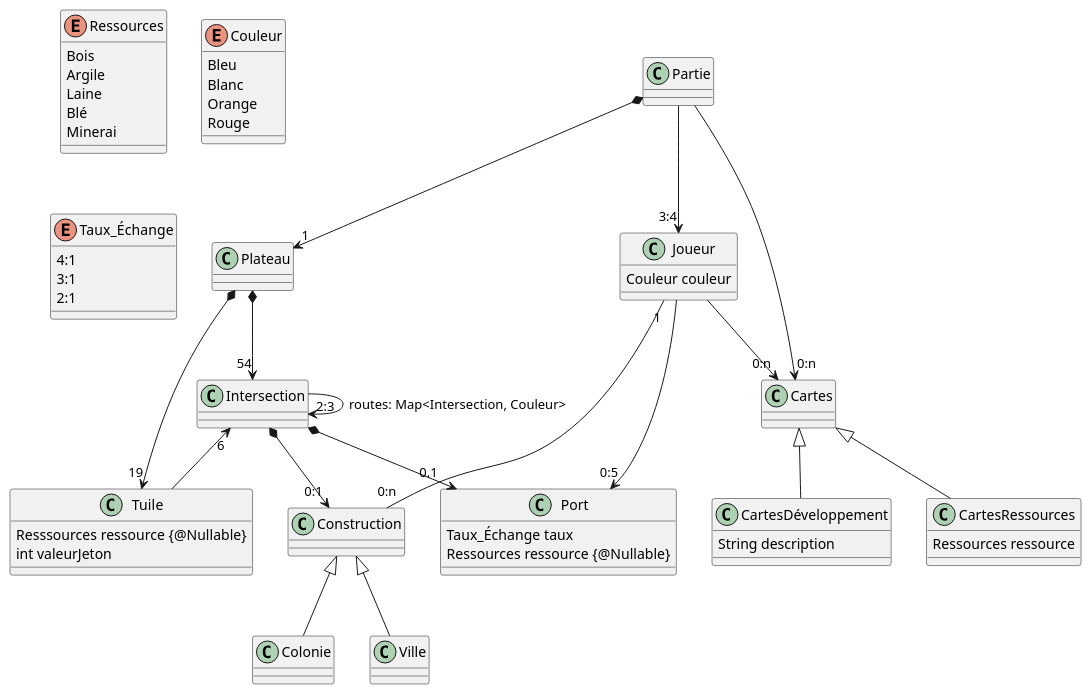
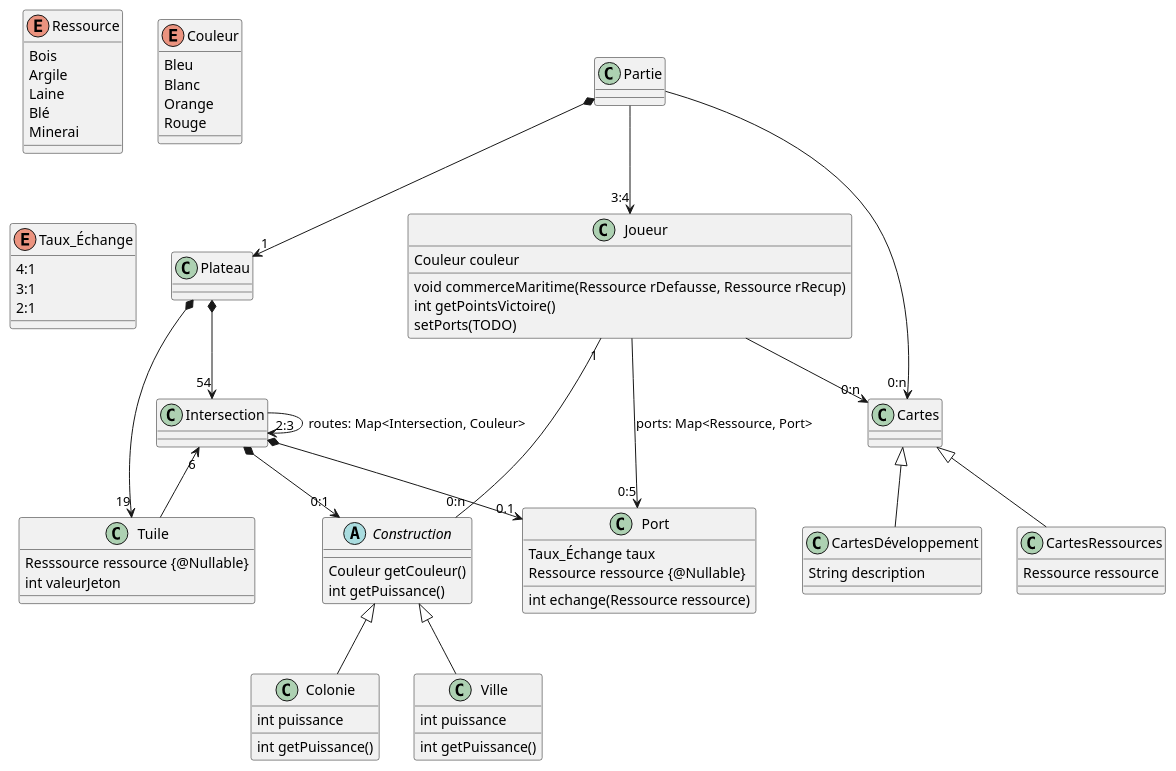
Before and after one commit to Lapin-Obez/colon_de_catane: the first of 3 diagrams in catan-doc/modules/analyse/pages/analyse.adoc, drawn with PlantUML.

Commit message:
Add method to class diagramm

```diff
--- a/catan-doc/modules/analyse/pages/analyse.adoc
+++ b/catan-doc/modules/analyse/pages/analyse.adoc
@@ -23,7 +23,7 @@
 ....
 @startuml
 
-enum Ressources {
+enum Ressource {
 Bois
 Argile
 Laine
@@ -49,11 +49,13 @@
 
 class Port{
 Taux_Échange taux
-Ressources ressource {@Nullable}
+Ressource ressource {@Nullable}
+
+int echange(Ressource ressource)
 }
 
 class Tuile{
-Resssources ressource {@Nullable}
+Resssource ressource {@Nullable}
 int valeurJeton
 }
 
@@ -61,20 +63,32 @@
 
 class Joueur{
 Couleur couleur
+
+void commerceMaritime(Ressource rDefausse, Ressource rRecup)
+int getPointsVictoire()
+setPorts(TODO)
 }
 
 class Cartes
 class CartesRessources{
-  Ressources ressource
+  Ressource ressource
 }
 class CartesDéveloppement{
   String description
 }
 
-class Construction {
+abstract class Construction {
+Couleur getCouleur()
+int getPuissance()
 }
-class Colonie
-class Ville
+class Colonie {
+int puissance
+int getPuissance()
+}
+class Ville {
+int puissance
+int getPuissance()
+}
 
 
 Partie *--> "1" Plateau
@@ -96,7 +110,7 @@
 
 Partie --> "3:4" Joueur
 Joueur --> "0:n" Cartes
-Joueur --> "0:5" Port
+Joueur --> "0:5" Port : ports: Map<Ressource, Port>
 Joueur "1" -- "0:n" Construction
 
 @enduml
```
